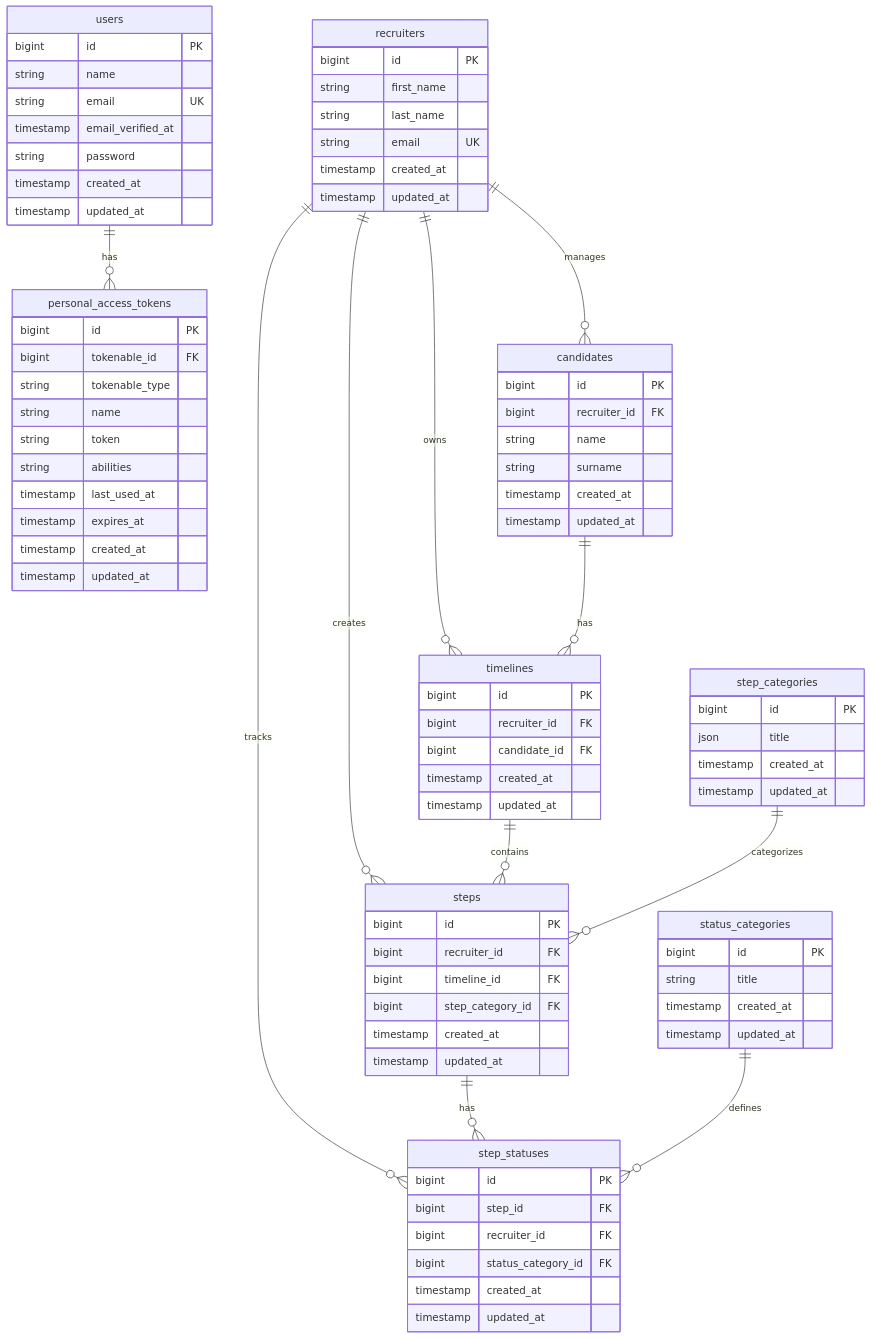
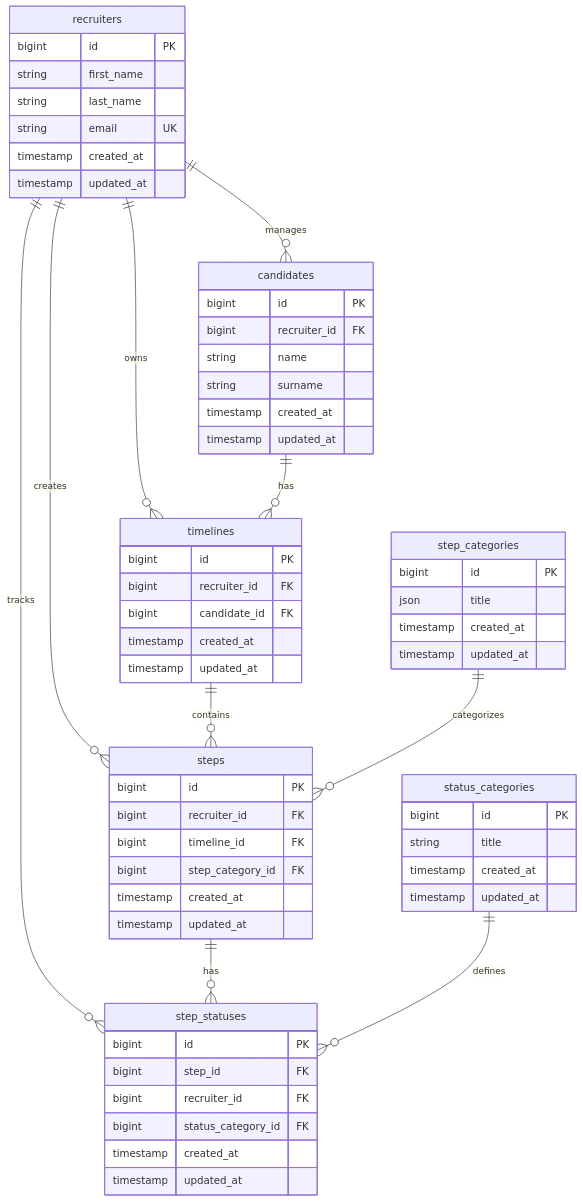
Before and after one commit to The20PerCentYouNeed/timeline-assessment: the diagram in README.md, drawn with Mermaid.

Commit message:
Removes users from the diagram

````diff
--- a/README.md
+++ b/README.md
@@ -17,6 +17,5 @@
 ```mermaid
 erDiagram
-    users ||--o{ personal_access_tokens : has
     recruiters ||--o{ candidates : manages
     recruiters ||--o{ timelines : owns
     recruiters ||--o{ steps : creates
@@ -26,16 +25,6 @@
     step_categories ||--o{ steps : categorizes
     steps ||--o{ step_statuses : has
     status_categories ||--o{ step_statuses : defines
-
-    users {
-        bigint id PK
-        string name
-        string email UK
-        timestamp email_verified_at
-        string password
-        timestamp created_at
-        timestamp updated_at
-    }
 
     recruiters {
         bigint id PK
@@ -94,17 +83,4 @@
         timestamp created_at
         timestamp updated_at
     }
-
-    personal_access_tokens {
-        bigint id PK
-        bigint tokenable_id FK
-        string tokenable_type
-        string name
-        string token
-        string abilities
-        timestamp last_used_at
-        timestamp expires_at
-        timestamp created_at
-        timestamp updated_at
-    }
 ```
````
